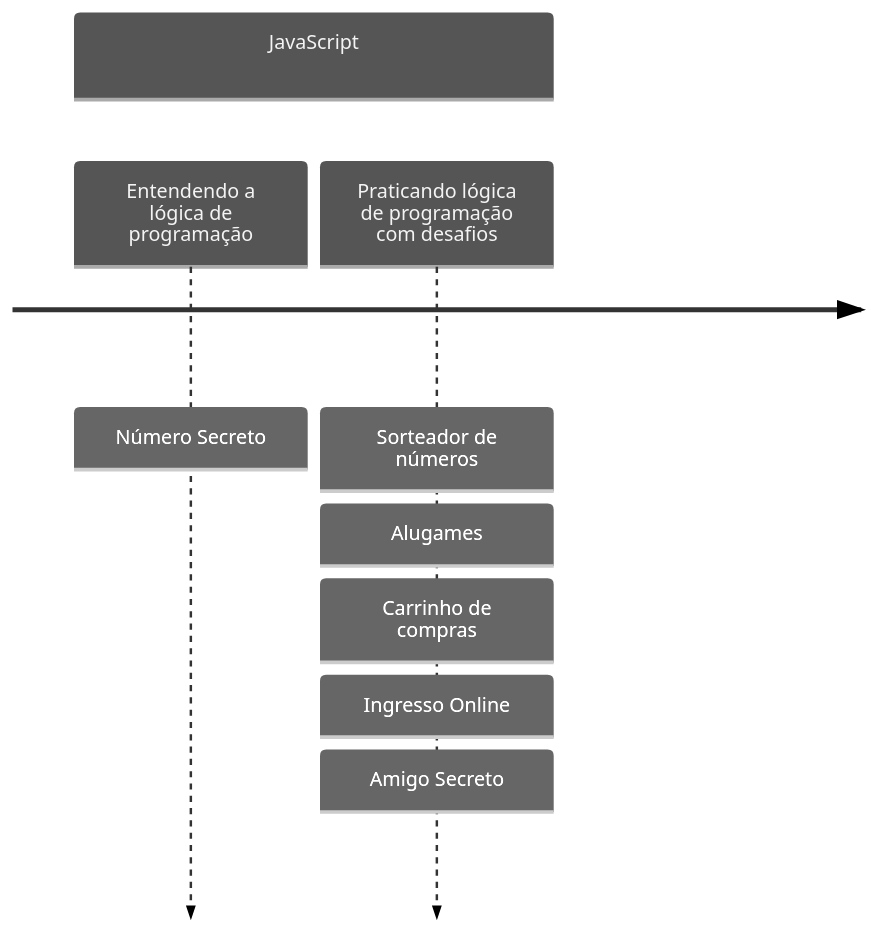
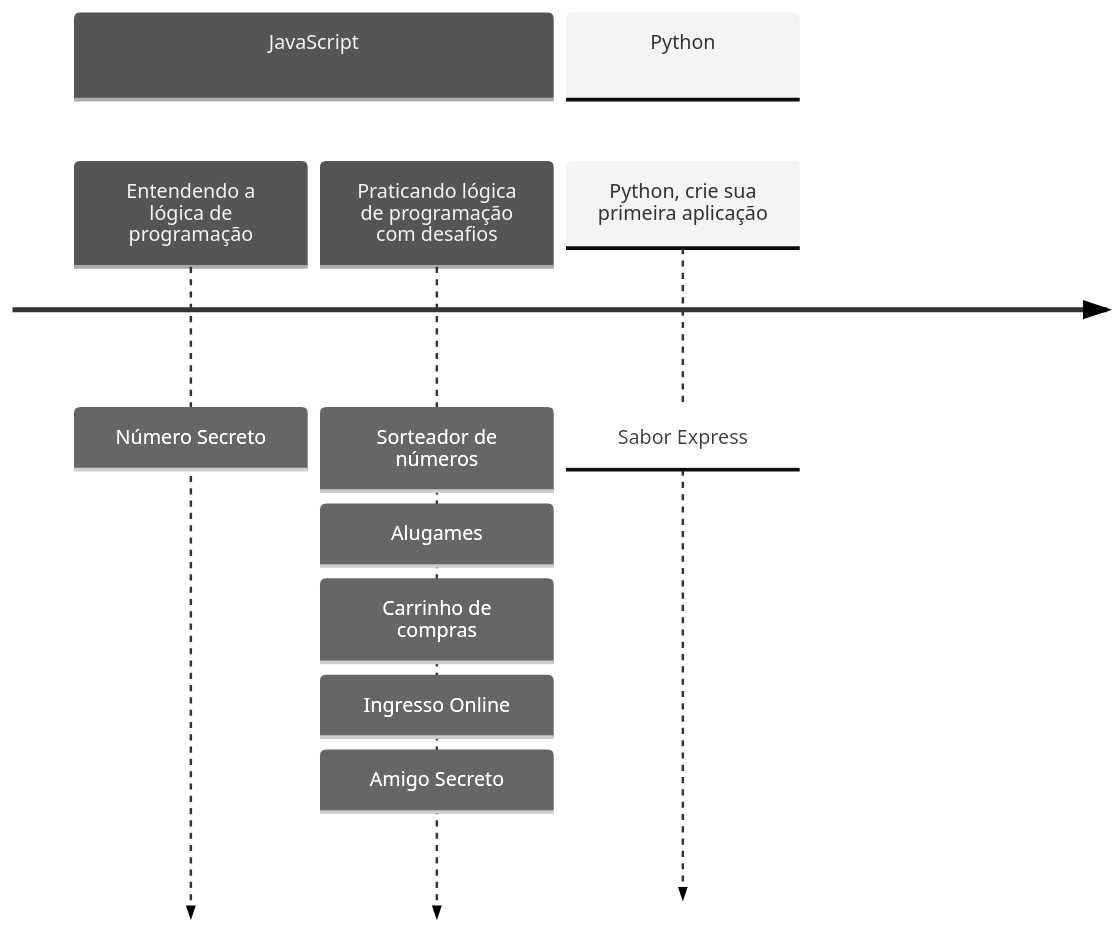
Before and after one commit to BorgesMTP/ALURA: the diagram in README.md, drawn with Mermaid (neutral theme). The commit also changed other lines of this file, not shown here.

````diff
--- a/README.md
+++ b/README.md
@@ -12,6 +14,8 @@
 ```mermaid
 timeline
     section JavaScript
       Entendendo a lógica de programação : Número Secreto
       Praticando lógica de programação com desafios : Sorteador de números : Alugames : Carrinho de compras : Ingresso Online : Amigo Secreto
+    section Python
+      Python, crie sua primeira aplicação : Sabor Express
 ```
````
